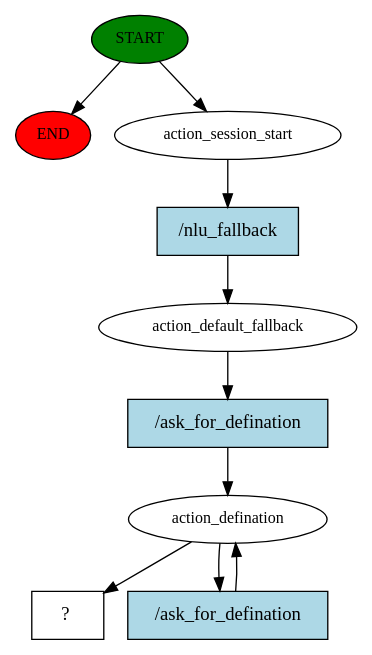
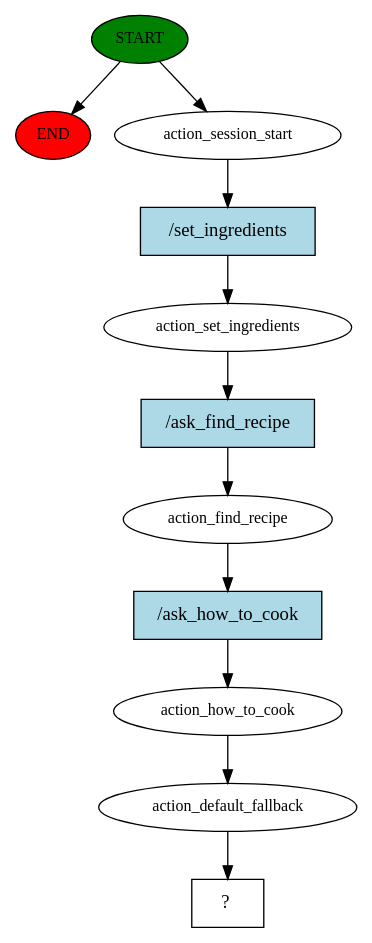
The diagram in rasa_vn_core/story_graph.dot (vodoanminhhieuvn/CHATBOT_CORE), drawn with Graphviz before and after one commit. The commit also changed 44 other files, not shown here.

```diff
--- a/rasa_vn_core/story_graph.dot
+++ b/rasa_vn_core/story_graph.dot
@@ -1,20 +1,23 @@
 digraph  {
 0 [class="start active", fillcolor=green, fontsize=12, label=START, style=filled];
 "-1" [class=end, fillcolor=red, fontsize=12, label=END, style=filled];
 1 [class=active, fontsize=12, label=action_session_start];
-2 [class=active, fontsize=12, label=action_default_fallback];
-3 [class=active, fontsize=12, label=action_defination];
-5 [class="intent dashed active", label="  ?  ", shape=rect];
-6 [class="intent active", fillcolor=lightblue, label="/nlu_fallback", shape=rect, style=filled];
-7 [class="intent active", fillcolor=lightblue, label="/ask_for_defination", shape=rect, style=filled];
-8 [class="intent active", fillcolor=lightblue, label="/ask_for_defination", shape=rect, style=filled];
+2 [class=active, fontsize=12, label=action_set_ingredients];
+3 [class=active, fontsize=12, label=action_find_recipe];
+4 [class=active, fontsize=12, label=action_how_to_cook];
+5 [class=active, fontsize=12, label=action_default_fallback];
+6 [class="intent dashed active", label="  ?  ", shape=rect];
+7 [class="intent active", fillcolor=lightblue, label="/set_ingredients", shape=rect, style=filled];
+8 [class="intent active", fillcolor=lightblue, label="/ask_find_recipe", shape=rect, style=filled];
+9 [class="intent active", fillcolor=lightblue, label="/ask_how_to_cook", shape=rect, style=filled];
 0 -> "-1"  [class="", key=NONE, label=""];
 0 -> 1  [class=active, key=NONE, label=""];
-1 -> 6  [class=active, key=0];
-2 -> 7  [class=active, key=0];
-3 -> 5  [class=active, key=NONE, label=""];
-3 -> 8  [class=active, key=0];
-6 -> 2  [class=active, key=0];
-7 -> 3  [class=active, key=0];
+1 -> 7  [class=active, key=0];
+2 -> 8  [class=active, key=0];
+3 -> 9  [class=active, key=0];
+4 -> 5  [class=active, key=NONE, label=""];
+5 -> 6  [class=active, key=NONE, label=""];
+7 -> 2  [class=active, key=0];
 8 -> 3  [class=active, key=0];
+9 -> 4  [class=active, key=0];
 }
```
